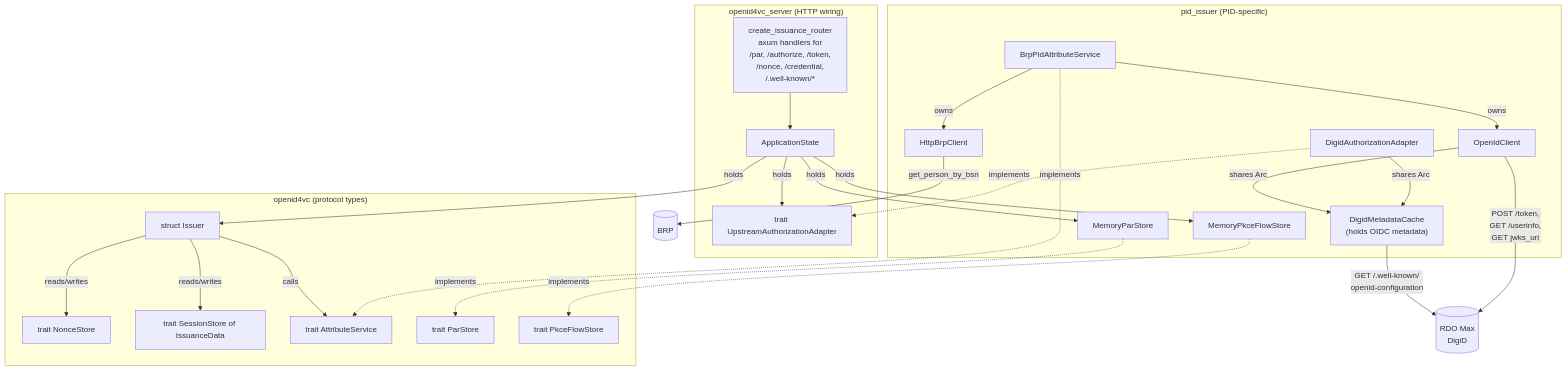
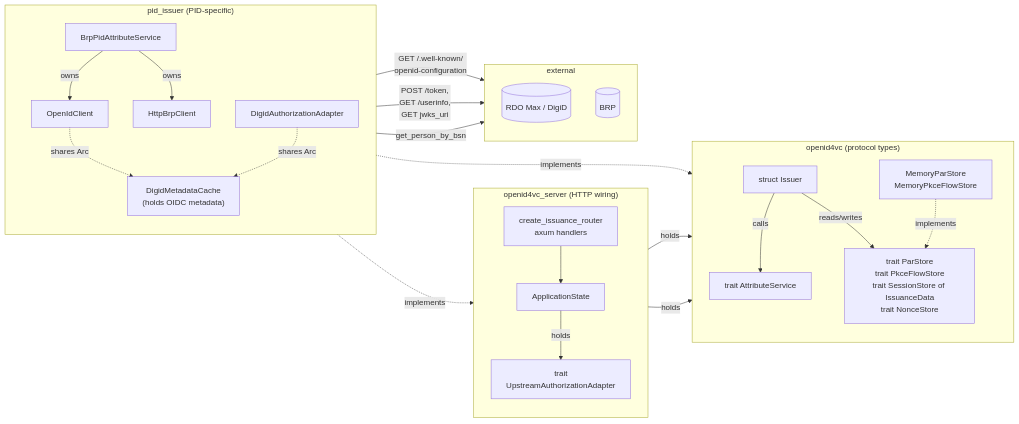
The first of 2 diagrams in wallet_docs/development/pid-issuer-architecture.md (MinBZK/nl-wallet), drawn with Mermaid before and after one commit. The commit also changed other lines of this file and 1 other file, not shown here.

Commit message:
Describe both code flows in the issuance use case documentation and update to openid4vci 1.0

````diff
--- a/wallet_docs/development/pid-issuer-architecture.md
+++ b/wallet_docs/development/pid-issuer-architecture.md
@@ -76,53 +76,52 @@
 ```{mermaid}
-flowchart TB
-    subgraph ovc["openid4vc (protocol types)"]
-        Issuer["struct Issuer"]
-        NonceStore_trait["trait NonceStore"]
-        SessionStore_trait["trait SessionStore of IssuanceData"]
-        AS_trait["trait AttributeService"]
-        ParStore_trait["trait ParStore"]
-        PkceStore_trait["trait PkceFlowStore"]
+flowchart LR
+    subgraph ovcs["openid4vc_server (HTTP wiring)"]
+        direction TB
+        Router["create_issuance_router<br/>axum handlers"]
+        AppState["ApplicationState"]
+        UpAd_trait["trait<br/>UpstreamAuthorizationAdapter"]
     end
 
-    subgraph ovcs["openid4vc_server (HTTP wiring)"]
-        Router["create_issuance_router<br/>axum handlers for<br/>/par, /authorize, /token,<br/>/nonce, /credential,<br/>/.well-known/*"]
-        AppState["ApplicationState"]
-        Upstream_trait["trait UpstreamAuthorizationAdapter"]
+    subgraph ovc["openid4vc (protocol types)"]
+        direction TB
+        Issuer["struct Issuer"]
+        AS_trait["trait AttributeService"]
+        Store_traits["trait ParStore<br/>trait PkceFlowStore<br/>trait SessionStore of IssuanceData<br/>trait NonceStore"]
+        MemStores["MemoryParStore<br/>MemoryPkceFlowStore"]
     end
 
     subgraph pidi["pid_issuer (PID-specific)"]
+        direction TB
         BrpAttr["BrpPidAttributeService"]
         DigidAdapter["DigidAuthorizationAdapter"]
         OpenIdClient["OpenIdClient"]
         DigidCache["DigidMetadataCache<br/>(holds OIDC metadata)"]
         BrpClient["HttpBrpClient"]
-        MemPar["MemoryParStore"]
-        MemPkce["MemoryPkceFlowStore"]
     end
 
-    RDO[("RDO Max<br/>DigiD")]
-    BRP[("BRP")]
+    subgraph ext["external"]
+        direction TB
+        RDO[("RDO Max / DigiD")]
+        BRP[("BRP")]
+    end
 
     Router --> AppState
     AppState -->|holds| Issuer
-    AppState -->|holds| MemPar
-    AppState -->|holds| MemPkce
-    AppState -->|holds| Upstream_trait
+    AppState -->|holds| MemStores
+    AppState -->|holds| UpAd_trait
     Issuer -->|calls| AS_trait
-    Issuer -->|reads/writes| SessionStore_trait
-    Issuer -->|reads/writes| NonceStore_trait
-    MemPar -.implements.-> ParStore_trait
-    MemPkce -.implements.-> PkceStore_trait
+    Issuer -->|reads/writes| Store_traits
 
+    MemStores -.implements.-> Store_traits
     BrpAttr -.implements.-> AS_trait
-    DigidAdapter -.implements.-> Upstream_trait
+    DigidAdapter -.implements.-> UpAd_trait
 
     BrpAttr -->|owns| OpenIdClient
     BrpAttr -->|owns| BrpClient
-    OpenIdClient -->|shares Arc| DigidCache
-    DigidAdapter -->|shares Arc| DigidCache
+    OpenIdClient -. shares Arc .-> DigidCache
+    DigidAdapter -. shares Arc .-> DigidCache
 
     DigidCache -->|GET /.well-known/<br/>openid-configuration| RDO
     OpenIdClient -->|POST /token,<br/>GET /userinfo,<br/>GET jwks_uri| RDO
     BrpClient -->|get_person_by_bsn| BRP
 ```
````
